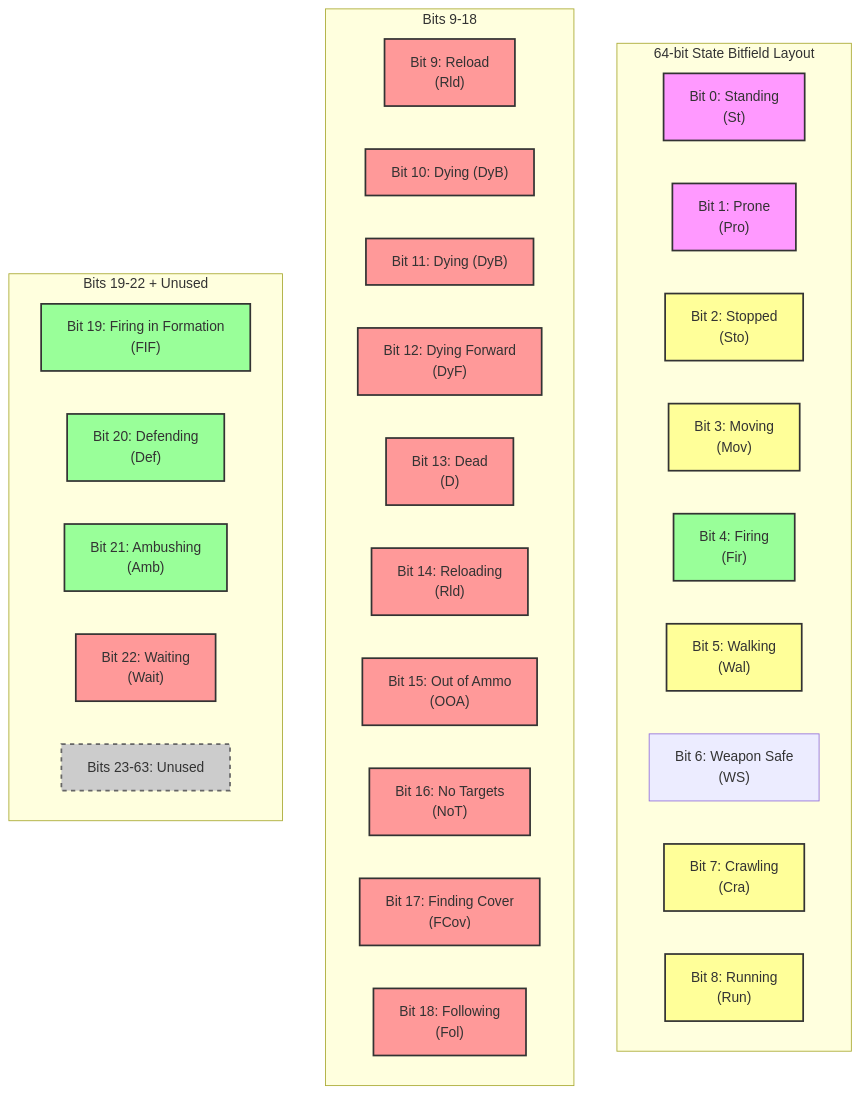
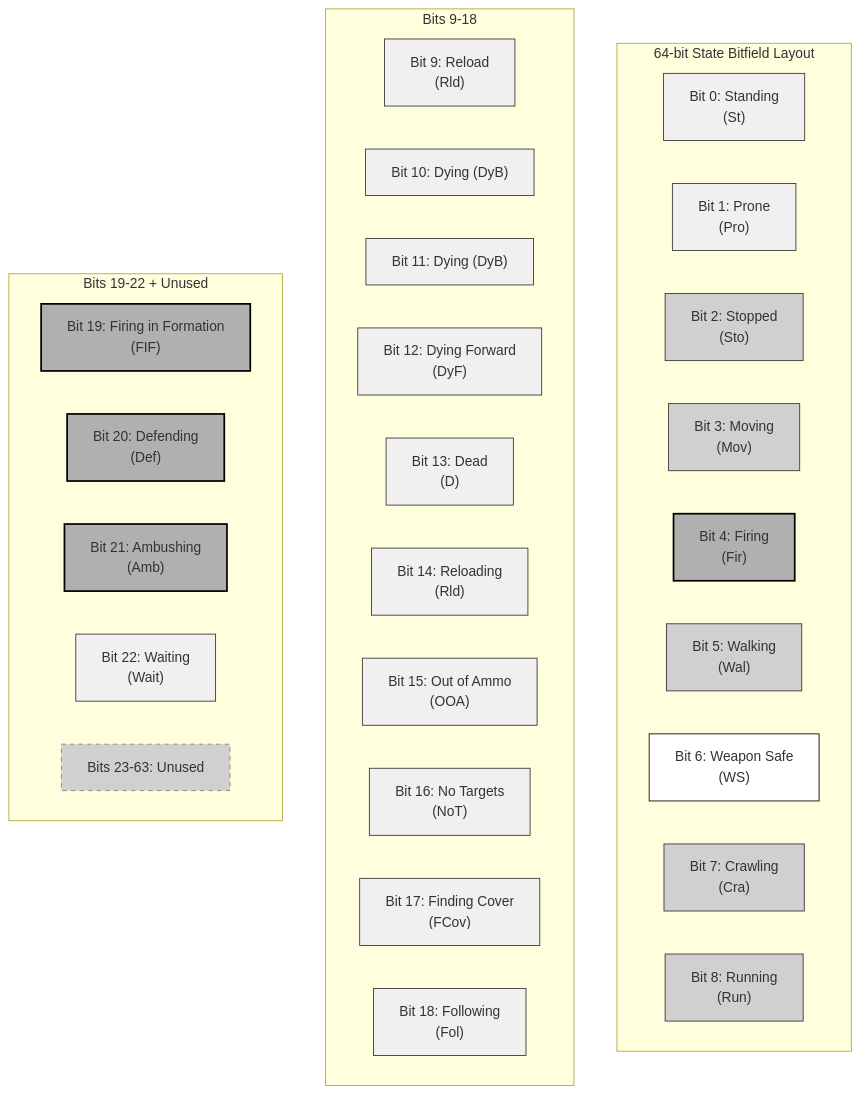
The first of 10 diagrams in appendix_a_state_world_systems.md (jukofyork/close-combat-architecture-study), drawn with Mermaid before and after one commit. The commit also changed other lines of this file and 15 other files, not shown here.

````diff
--- a/appendix_a_state_world_systems.md
+++ b/appendix_a_state_world_systems.md
@@ -74,50 +74,50 @@
 ```mermaid
 flowchart TD
     subgraph Bitfield["64-bit State Bitfield Layout"]
         direction LR
         bit0["Bit 0: Standing<br>(St)"]
         bit1["Bit 1: Prone<br>(Pro)"]
         bit2["Bit 2: Stopped<br>(Sto)"]
         bit3["Bit 3: Moving<br>(Mov)"]
         bit4["Bit 4: Firing<br>(Fir)"]
         bit5["Bit 5: Walking<br>(Wal)"]
         bit6["Bit 6: Weapon Safe<br>(WS)"]
         bit7["Bit 7: Crawling<br>(Cra)"]
         bit8["Bit 8: Running<br>(Run)"]
     end
     
     subgraph Row2["Bits 9-18"]
         direction LR
         bit9["Bit 9: Reload<br>(Rld)"]
         bit10["Bit 10: Dying (DyB)"]
         bit11["Bit 11: Dying (DyB)"]
         bit12["Bit 12: Dying Forward<br>(DyF)"]
         bit13["Bit 13: Dead<br>(D)"]
         bit14["Bit 14: Reloading<br>(Rld)"]
         bit15["Bit 15: Out of Ammo<br>(OOA)"]
         bit16["Bit 16: No Targets<br>(NoT)"]
         bit17["Bit 17: Finding Cover<br>(FCov)"]
         bit18["Bit 18: Following<br>(Fol)"]
     end
     
     subgraph Row3["Bits 19-22 + Unused"]
         direction LR
         bit19["Bit 19: Firing in Formation<br>(FIF)"]
         bit20["Bit 20: Defending<br>(Def)"]
         bit21["Bit 21: Ambushing<br>(Amb)"]
         bit22["Bit 22: Waiting<br>(Wait)"]
         unused["Bits 23-63: Unused"]
     end
     
-    classDef posture fill:#f9f,stroke:#333,stroke-width:2px
-    classDef movement fill:#ff9,stroke:#333,stroke-width:2px
-    classDef combat fill:#9f9,stroke:#333,stroke-width:2px
-    classDef status fill:#f99,stroke:#333,stroke-width:2px
-    classDef unusedStyle fill:#ccc,stroke:#666,stroke-width:2px,stroke-dasharray: 5 5
+    classDef default fill:#fff,stroke:#000,stroke-width:1px
+    classDef light fill:#f0f0f0,stroke:#333,stroke-width:1px
+    classDef medium fill:#d0d0d0,stroke:#333,stroke-width:1px
+    classDef dark fill:#b0b0b0,stroke:#000,stroke-width:2px
+    classDef unusedStyle fill:#d0d0d0,stroke:#808080,stroke-width:1px,stroke-dasharray: 5 5
     
-    class bit0,bit1 posture
-    class bit2,bit3,bit5,bit7,bit8 movement
-    class bit4,bit19,bit20,bit21 combat
-    class bit9,bit10,bit11,bit12,bit13,bit14,bit15,bit16,bit17,bit18,bit22 status
+    class bit0,bit1 light
+    class bit2,bit3,bit5,bit7,bit8 medium
+    class bit4,bit19,bit20,bit21 dark
+    class bit9,bit10,bit11,bit12,bit13,bit14,bit15,bit16,bit17,bit18,bit22 light
     class unused unusedStyle
 ```
````
